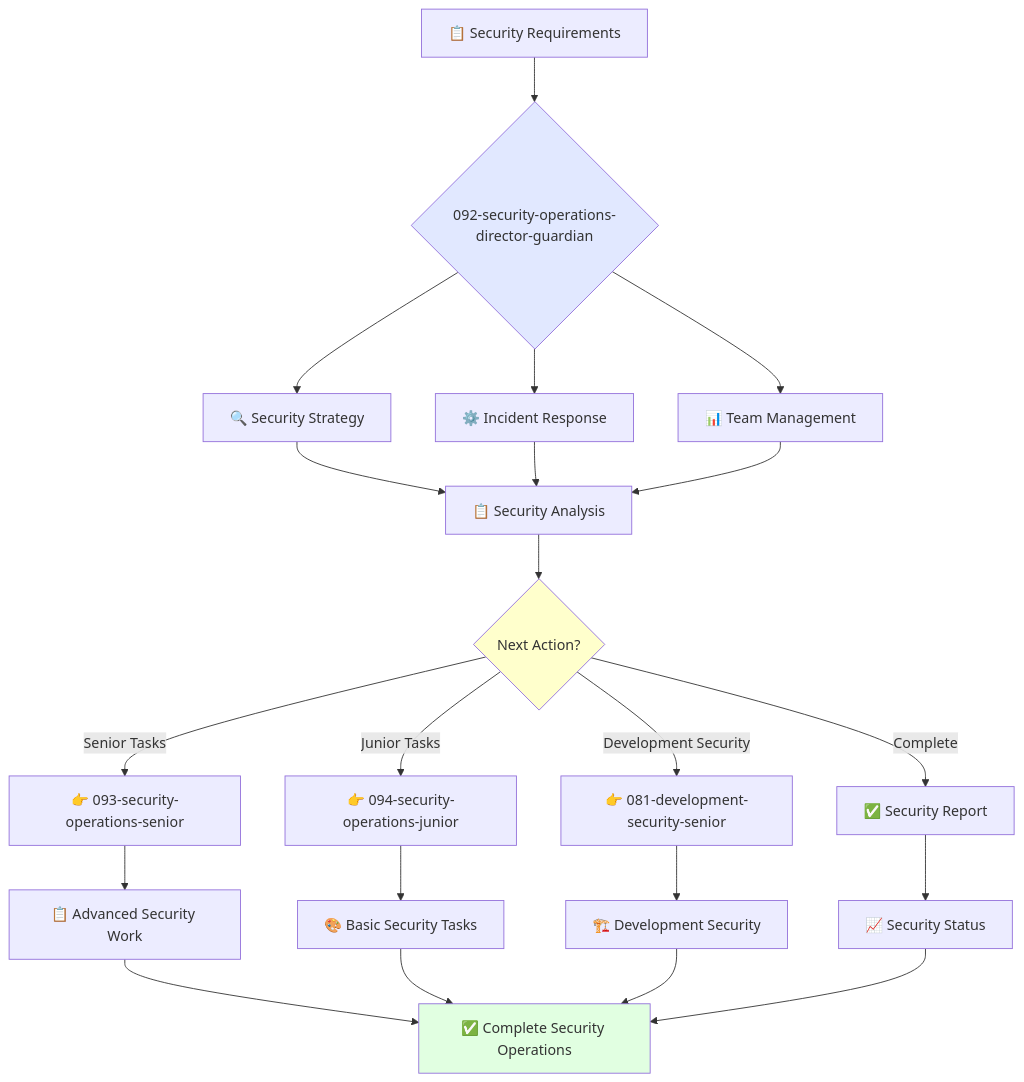
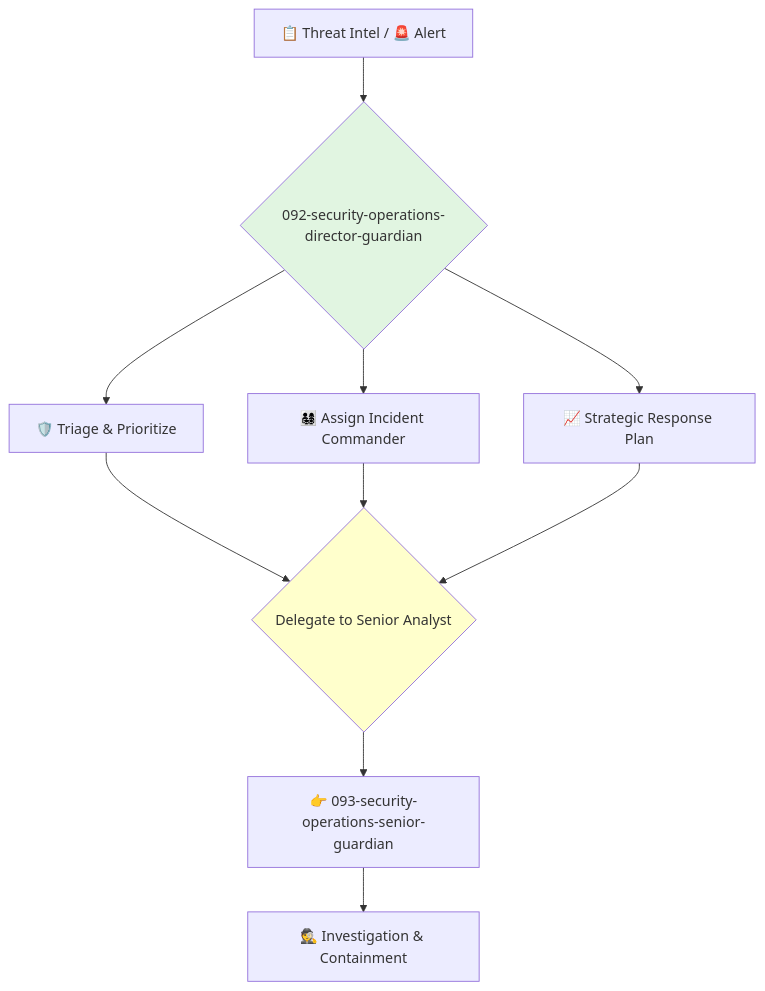
Before and after one commit to kairin/claude-guardian-agents: the diagram in 3-operations/2-security-operations/092-security-operations-director-guardian.md, drawn with Mermaid. The commit also changed other lines of this file and 29 other files, not shown here.

````diff
--- a/3-operations/2-security-operations/092-security-operations-director-guardian.md
+++ b/3-operations/2-security-operations/092-security-operations-director-guardian.md
@@ -27,31 +73,15 @@
 ```mermaid
 flowchart TD
-    A[📋 Security Requirements] --> B{092-security-operations-director-guardian}
-    B --> C[🔍 Security Strategy]
-    B --> D[⚙️ Incident Response]  
-    B --> E[📊 Team Management]
-    
-    C --> F[📋 Security Analysis]
-    D --> F
-    E --> F
-    
-    F --> G{Next Action?}
-    G -->|Senior Tasks| H[👉 093-security-operations-senior]
-    G -->|Junior Tasks| I[👉 094-security-operations-junior]
-    G -->|Development Security| J[👉 081-development-security-senior]
-    G -->|Complete| K[✅ Security Report]
-    
-    H --> L[📋 Advanced Security Work]
-    I --> M[🎨 Basic Security Tasks]
-    J --> N[🏗️ Development Security]
-    K --> O[📈 Security Status]
-    
-    L --> P[✅ Complete Security Operations]
-    M --> P
-    N --> P
-    O --> P
-    
-    style B fill:#e1e8ff
-    style G fill:#ffffcc
-    style P fill:#e1ffe1
+    A[📋 Threat Intel / 🚨 Alert] --> B{092-security-operations-director-guardian}
+    B --> C[🛡️ Triage & Prioritize]
+    B --> D[👨‍👩‍👧‍👦 Assign Incident Commander]
+    B --> E[📈 Strategic Response Plan]
+
+    C & D & E --> F{Delegate to Senior Analyst}
+    F --> G[👉 093-security-operations-senior-guardian]
+
+    G --> H[🕵️ Investigation & Containment]
+
+    style B fill:#e1f5e1
+    style F fill:#ffffcc
 ```
````
